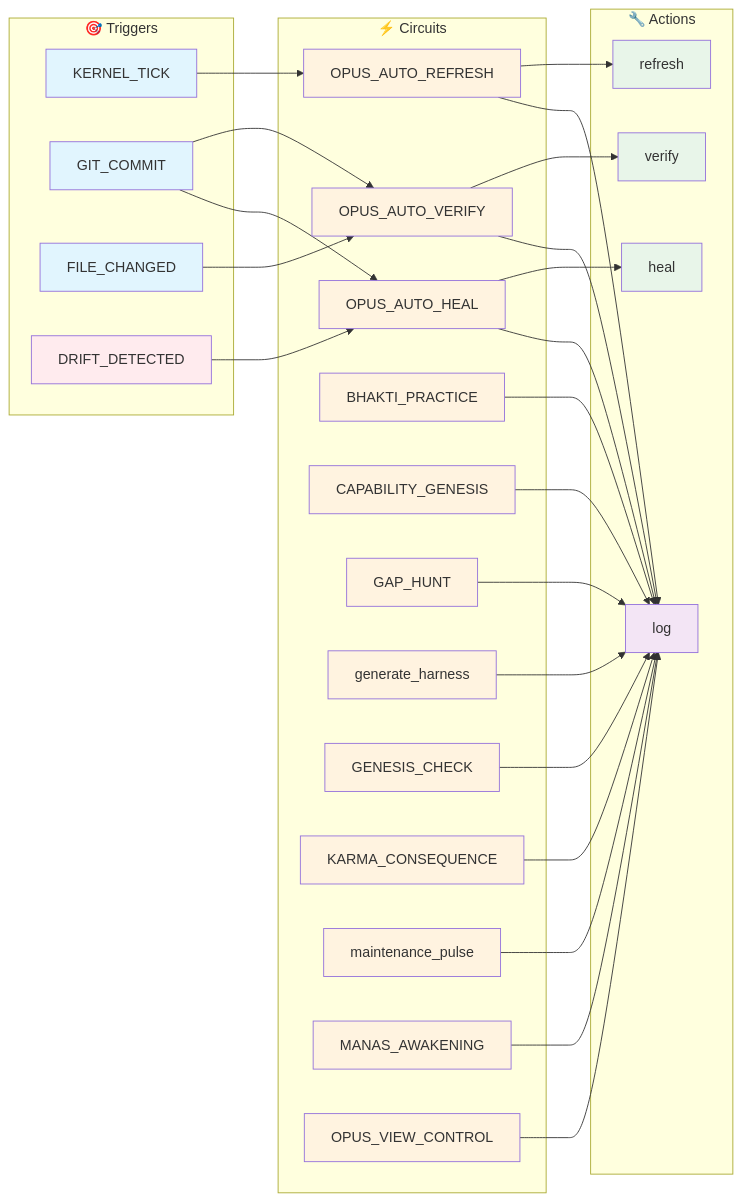
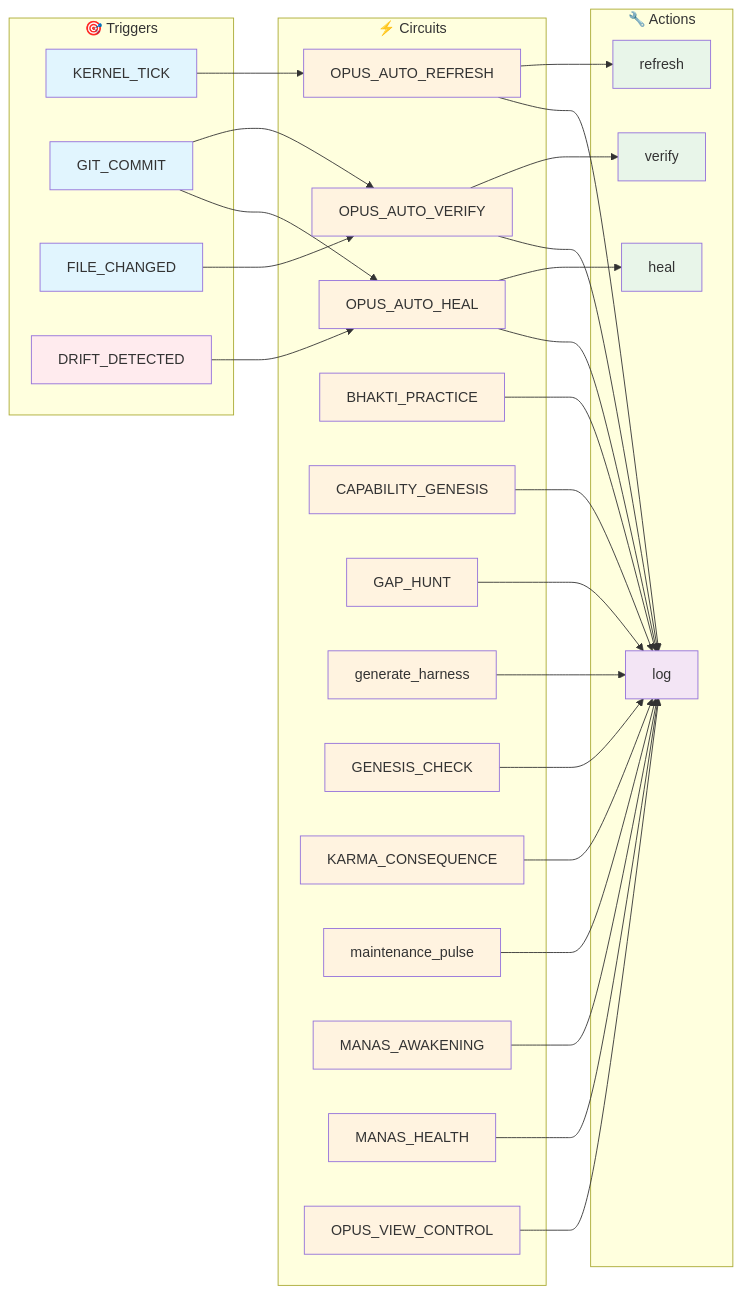
One commit to kimeisele/steward-protocol changed the first of 2 diagrams in OPUS.md. Above: the diagram before and after it, drawn with Mermaid. The commit also changed other lines of this file and 6 other files, not shown here.

````diff
--- a/OPUS.md
+++ b/OPUS.md
@@ -273,74 +305,77 @@
 ```mermaid
 flowchart LR
     subgraph Events["🎯 Triggers"]
         E1[KERNEL_TICK]
         E2[GIT_COMMIT]
         E3[FILE_CHANGED]
         E4[DRIFT_DETECTED]
     end
 
     subgraph Circuits["⚡ Circuits"]
         C1[OPUS_AUTO_HEAL]
         C2[OPUS_AUTO_REFRESH]
         C3[OPUS_AUTO_VERIFY]
         C4[BHAKTI_PRACTICE]
         C5[CAPABILITY_GENESIS]
         C6[GAP_HUNT]
         C7[generate_harness]
         C8[GENESIS_CHECK]
         C9[KARMA_CONSEQUENCE]
         C10[maintenance_pulse]
         C11[MANAS_AWAKENING]
-        C12[OPUS_VIEW_CONTROL]
+        C12[MANAS_HEALTH]
+        C13[OPUS_VIEW_CONTROL]
     end
 
     subgraph Actions["🔧 Actions"]
         A1[verify]
         A2[refresh]
         A3[heal]
         A4[log]
     end
 
     E1 --> C2
     E2 --> C1
     E2 --> C3
     E3 --> C3
     E4 --> C1
 
     C1 --> A4
     C2 --> A4
     C3 --> A4
     C4 --> A4
     C5 --> A4
     C6 --> A4
     C7 --> A4
     C8 --> A4
     C9 --> A4
     C10 --> A4
     C11 --> A4
     C12 --> A4
+    C13 --> A4
     C1 --> A3
     C2 --> A2
     C3 --> A1
 
     style E1 fill:#e1f5fe
     style E2 fill:#e1f5fe
     style E3 fill:#e1f5fe
     style E4 fill:#ffebee
     style C1 fill:#fff3e0
     style C2 fill:#fff3e0
     style C3 fill:#fff3e0
     style C4 fill:#fff3e0
     style C5 fill:#fff3e0
     style C6 fill:#fff3e0
     style C7 fill:#fff3e0
     style C8 fill:#fff3e0
     style C9 fill:#fff3e0
     style C10 fill:#fff3e0
     style C11 fill:#fff3e0
     style C12 fill:#fff3e0
+    style C13 fill:#fff3e0
     style A1 fill:#e8f5e9
     style A2 fill:#e8f5e9
     style A3 fill:#e8f5e9
     style A4 fill:#f3e5f5
 ```
````
